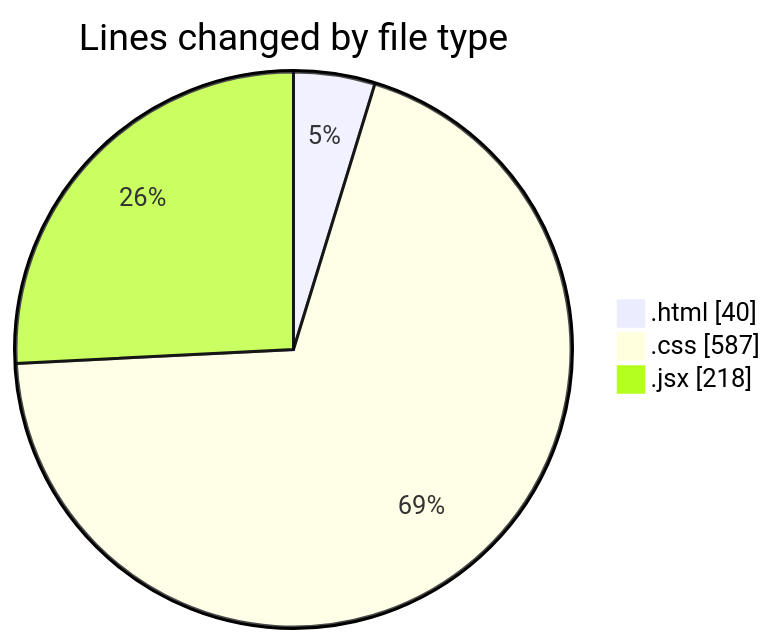
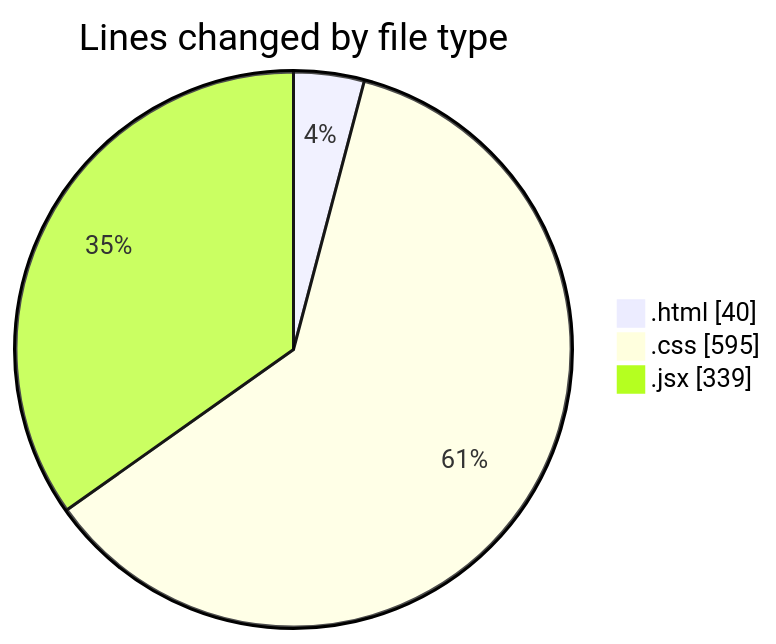
Before and after one commit to Ritupan-Deka/code-tracking: the first of 2 diagrams in 2025-05-26/projects/README.md, drawn with Mermaid. The commit also changed other lines of this file and 1 other file, not shown here.

````diff
--- a/2025-05-26/projects/README.md
+++ b/2025-05-26/projects/README.md
@@ -23,7 +23,7 @@
 ```mermaid
 pie showData
 title Lines changed by file type
 ".html" : 40
-".css" : 587
-".jsx" : 218
+".css" : 595
+".jsx" : 339
 ```
````
